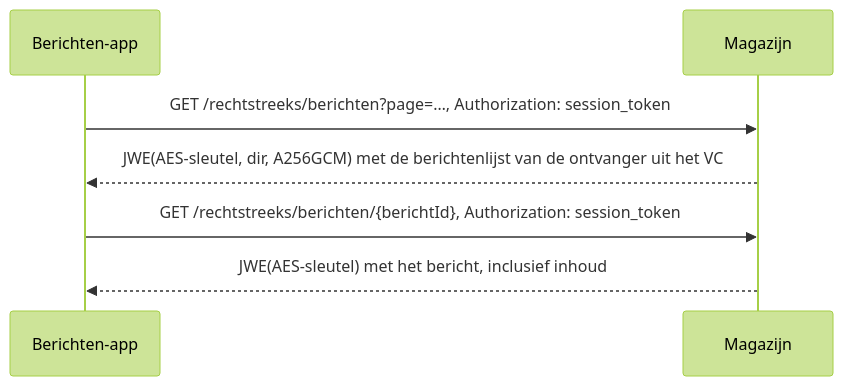
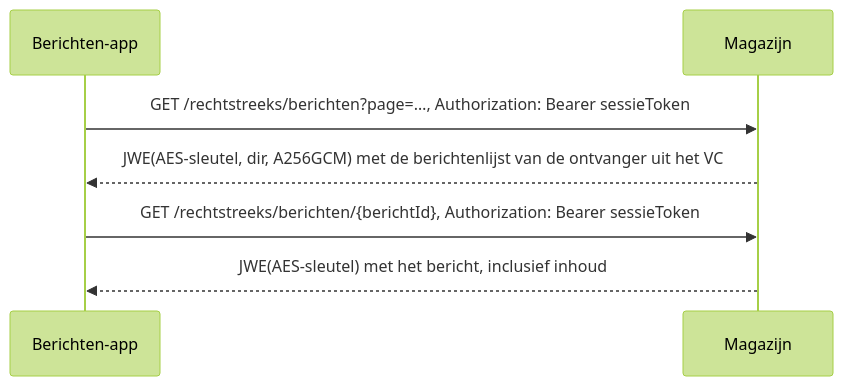
One commit to MinBZK/moza-poc-fbs-berichtenbox changed the third of 3 diagrams in docs/plans/2026-10-27-rechtstreeks-ophalen-design.md. Above: the diagram before and after it, drawn with Mermaid (forest theme). The commit also changed other lines of this file and 8 other files, not shown here.

````diff
--- a/docs/plans/2026-10-27-rechtstreeks-ophalen-design.md
+++ b/docs/plans/2026-10-27-rechtstreeks-ophalen-design.md
@@ -140,9 +139,9 @@
 ```mermaid
 sequenceDiagram
     participant App as Berichten-app
     participant M as Magazijn
-    App->>M: GET /rechtstreeks/berichten?page=…, Authorization: session_token
+    App->>M: GET /rechtstreeks/berichten?page=…, Authorization: Bearer sessieToken
     M-->>App: JWE(AES-sleutel, dir, A256GCM) met de berichtenlijst van de ontvanger uit het VC
-    App->>M: GET /rechtstreeks/berichten/{berichtId}, Authorization: session_token
+    App->>M: GET /rechtstreeks/berichten/{berichtId}, Authorization: Bearer sessieToken
     M-->>App: JWE(AES-sleutel) met het bericht, inclusief inhoud
 ```
````
